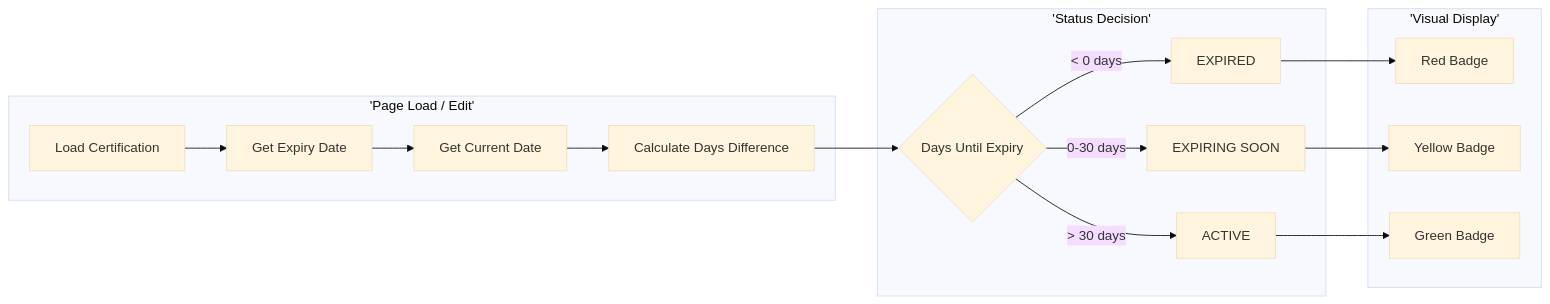
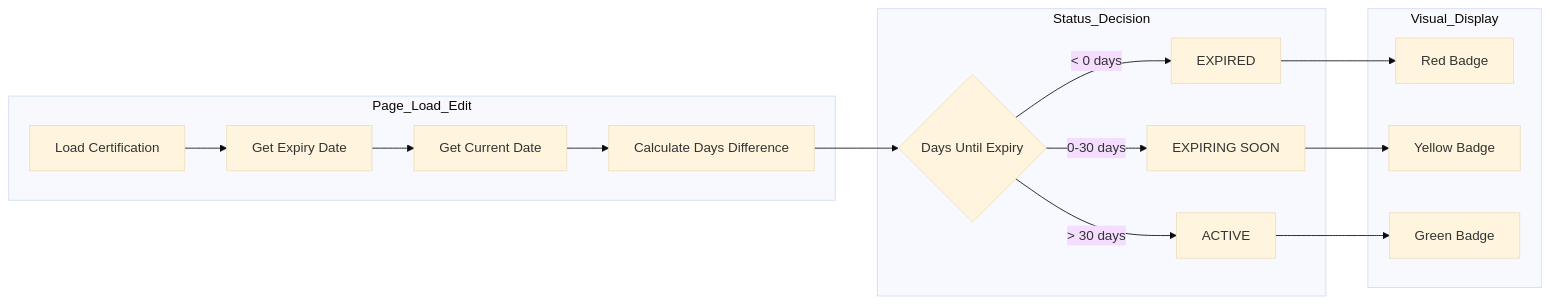
Diagram 19 of 24 in docs/app/vendor-management/vendor-directory/FD-vendor-directory.md (PeakMNA/carmen), drawn with Mermaid (base theme) before and after one commit. The commit also changed other lines of this file and 473 other files, not shown here.

````diff
--- a/docs/app/vendor-management/vendor-directory/FD-vendor-directory.md
+++ b/docs/app/vendor-management/vendor-directory/FD-vendor-directory.md
@@ -899,21 +890,21 @@
 ```mermaid
 flowchart LR
-    subgraph 'Page Load / Edit'
+    subgraph Page_Load_Edit
         A[Load Certification] --> B[Get Expiry Date]
         B --> C[Get Current Date]
         C --> D[Calculate Days Difference]
     end
 
-    subgraph 'Status Decision'
+    subgraph Status_Decision
         D --> E{Days Until Expiry}
         E -->|< 0 days| F[EXPIRED]
         E -->|0-30 days| G[EXPIRING SOON]
         E -->|> 30 days| H[ACTIVE]
     end
 
-    subgraph 'Visual Display'
+    subgraph Visual_Display
         F --> I[Red Badge]
         G --> J[Yellow Badge]
         H --> K[Green Badge]
     end
 ```
````
